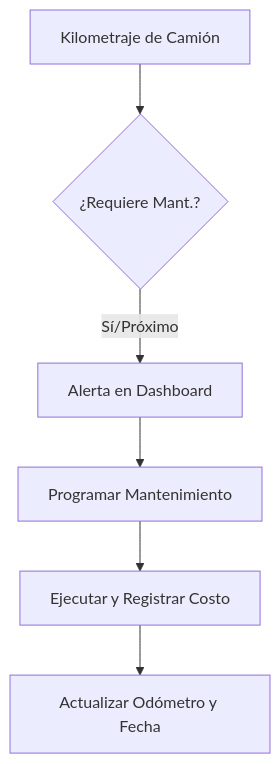
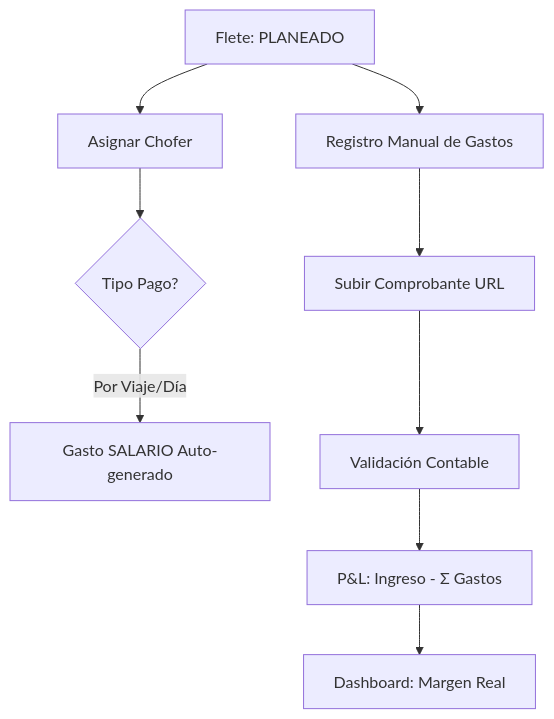
Before and after one commit to DESARROLLOSROD/LogiProfit: the second of 2 diagrams in README.md, drawn with Mermaid. The commit also changed other lines of this file and 3 other files, not shown here.

Commit message:
feat: Implement initial user authentication, frontend routing, and update technical flow documentation.

````diff
--- a/README.md
+++ b/README.md
@@ -65,8 +53,11 @@
 ```mermaid
 graph TD
-    A[Kilometraje de Camión] --> B{¿Requiere Mant.?}
-    B -->|Sí/Próximo| C[Alerta en Dashboard]
-    C --> D[Programar Mantenimiento]
-    D --> E[Ejecutar y Registrar Costo]
-    E --> F[Actualizar Odómetro y Fecha]
+    A[Flete: PLANEADO] --> B[Asignar Chofer]
+    B --> C{Tipo Pago?}
+    C -->|Por Viaje/Día| D[Gasto SALARIO Auto-generado]
+    A --> E[Registro Manual de Gastos]
+    E --> F[Subir Comprobante URL]
+    F --> G[Validación Contable]
+    G --> H[P&L: Ingreso - Σ Gastos]
+    H --> I[Dashboard: Margen Real]
 ```
````
